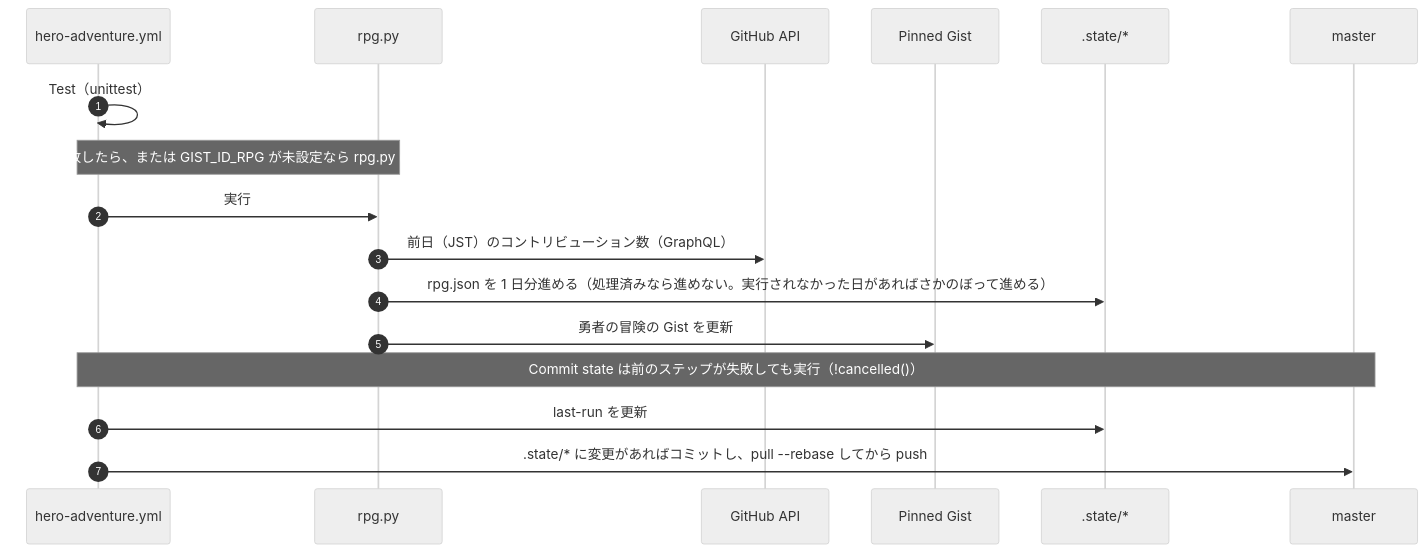
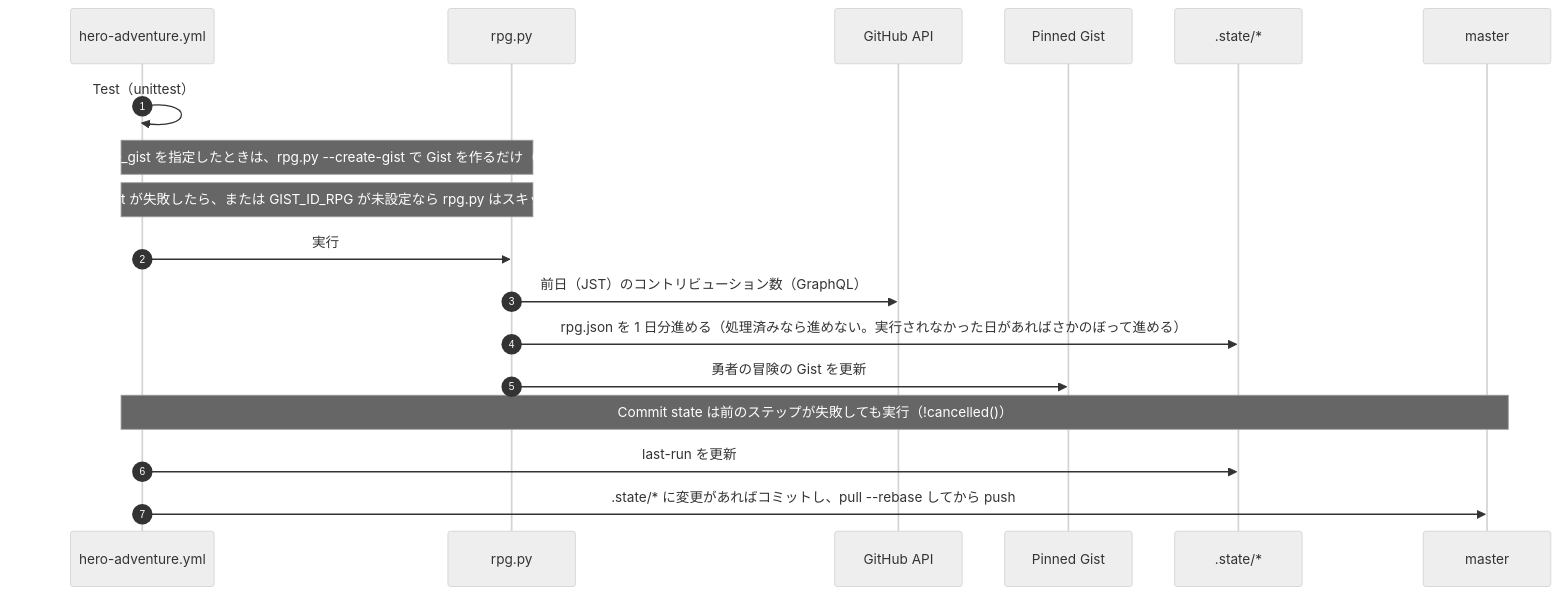
One commit to ot-nemoto/pinned-gist-maker changed the second of 2 diagrams in docs/DATA_FLOW.md. Above: the diagram before and after it, drawn with Mermaid (neutral theme). The commit also changed 7 other files, not shown here.

First line of the commit message:
RPG の初期 Gist をコマンド / Actions の手動実行で作れるようにする

````diff
--- a/docs/DATA_FLOW.md
+++ b/docs/DATA_FLOW.md
@@ -52,20 +52,21 @@
 ```mermaid
 sequenceDiagram
     autonumber
     participant WF as hero-adventure.yml
     participant RP as rpg.py
     participant GH as GitHub API
     participant G as Pinned Gist
     participant S as .state/*
     participant M as master
 
     WF->>WF: Test（unittest）
+    Note over WF,RP: 手動実行で create_gist を指定したときは、rpg.py --create-gist で Gist を作るだけ（以下は行わない）
     Note over WF,RP: Test が失敗したら、または GIST_ID_RPG が未設定なら rpg.py はスキップ
     WF->>RP: 実行
     RP->>GH: 前日（JST）のコントリビューション数（GraphQL）
     RP->>S: rpg.json を 1 日分進める（処理済みなら進めない。実行されなかった日があればさかのぼって進める）
     RP->>G: 勇者の冒険の Gist を更新
     Note over WF,M: Commit state は前のステップが失敗しても実行（!cancelled()）
     WF->>S: last-run を更新
     WF->>M: .state/* に変更があればコミットし、pull --rebase してから push
 ```
````
